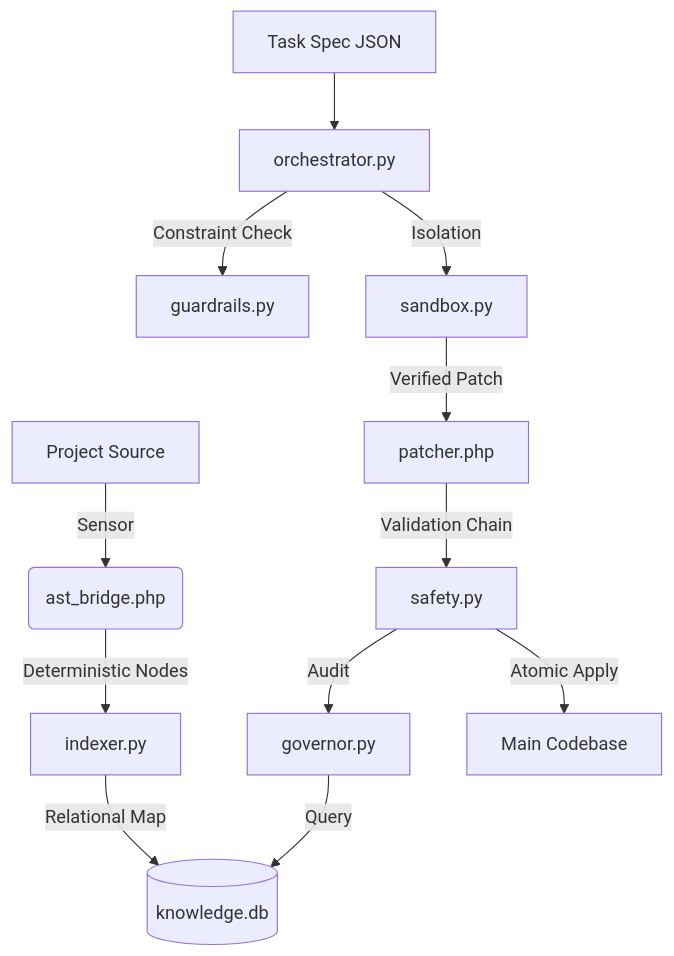
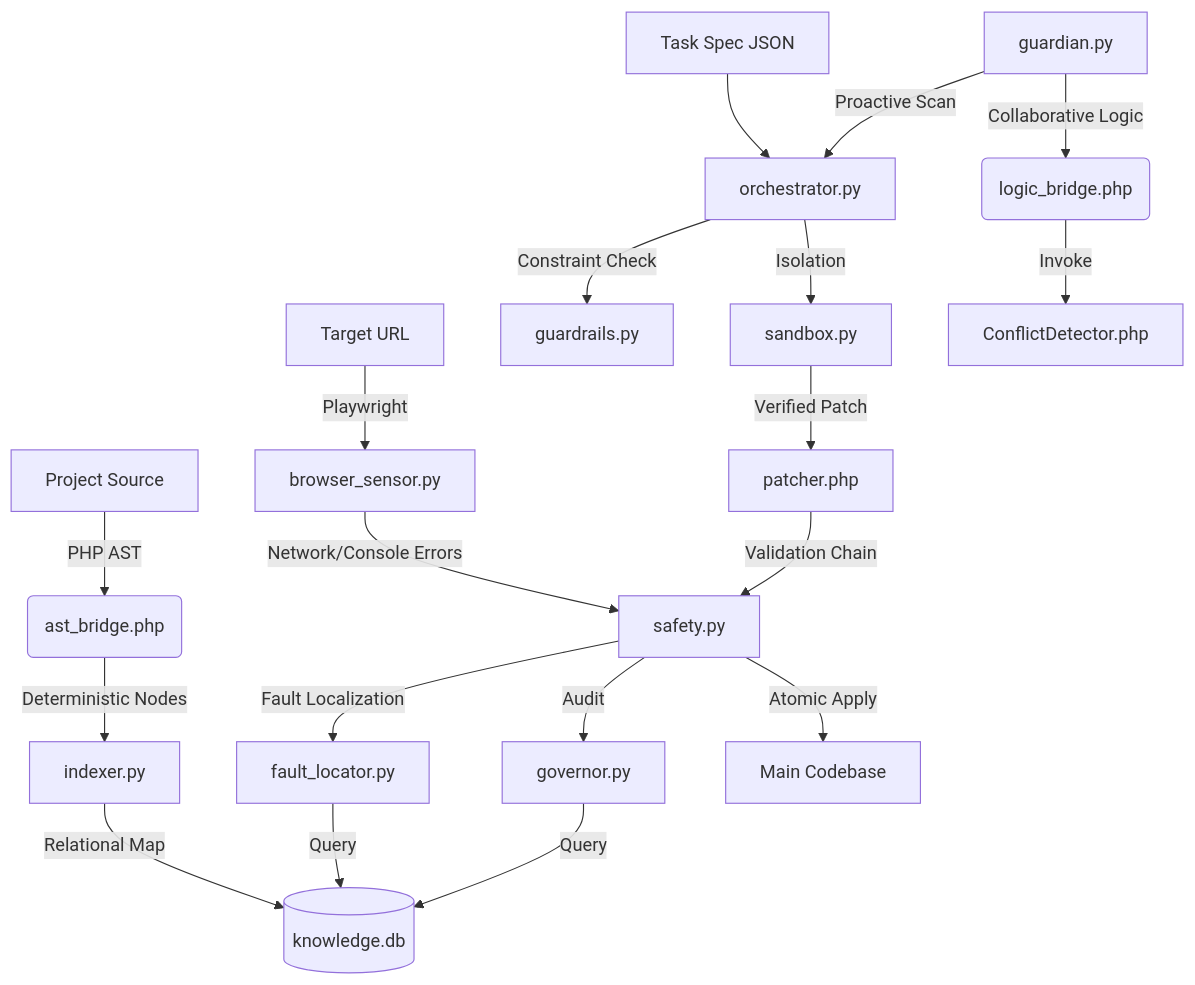
One commit to bakhe8/BGL3 changed the diagram in .bgl_core/README.md. Above: the diagram before and after it, drawn with Mermaid. The commit also changed other lines of this file and 219 other files, not shown here.

````diff
--- a/.bgl_core/README.md
+++ b/.bgl_core/README.md
@@ -12,14 +12,27 @@
 ```mermaid
 graph TD
-    A[Project Source] -->|Sensor| B(ast_bridge.php)
+    A[Project Source] -->|PHP AST| B(ast_bridge.php)
     B -->|Deterministic Nodes| C[indexer.py]
     C -->|Relational Map| D[(knowledge.db)]
+    
+    U[Target URL] -->|Playwright| S[browser_sensor.py]
+    S -->|Network/Console Errors| J[safety.py]
+    
     E[Task Spec JSON] --> F[orchestrator.py]
     F -->|Constraint Check| G[guardrails.py]
     F -->|Isolation| H[sandbox.py]
     H -->|Verified Patch| I[patcher.php]
-    I -->|Validation Chain| J[safety.py]
+    
+    I -->|Validation Chain| J
     J -->|Audit| K[governor.py]
+    J -->|Fault Localization| FL[fault_locator.py]
+    
+    FL -->|Query| D
     K -->|Query| D
+    
     J -->|Atomic Apply| L[Main Codebase]
+    
+    GDR[guardian.py] -->|Proactive Scan| F
+    GDR -->|Collaborative Logic| LB(logic_bridge.php)
+    LB -->|Invoke| CD[ConflictDetector.php]
 ```
````
